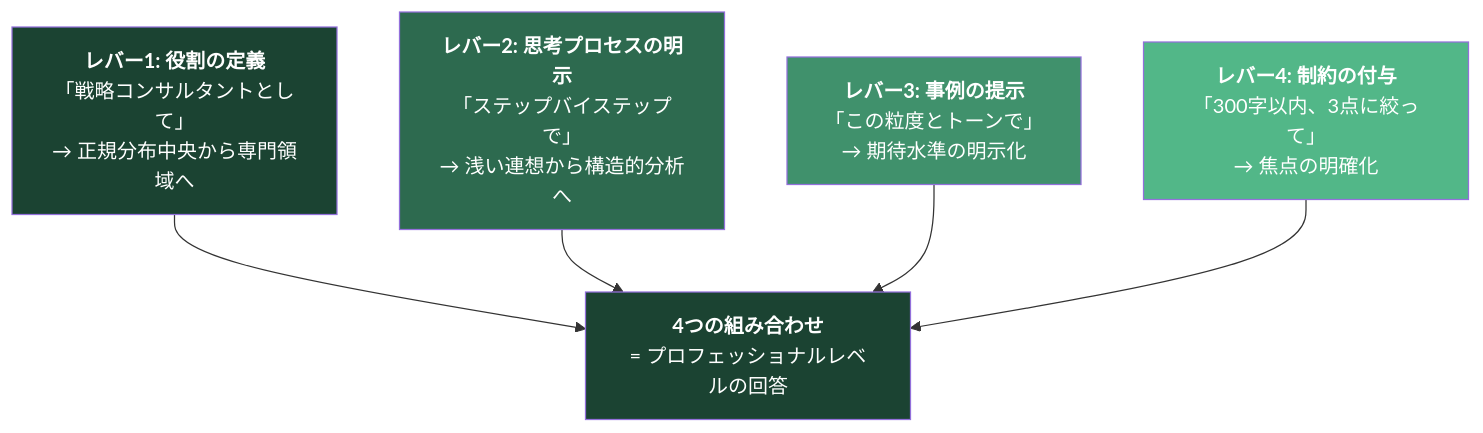
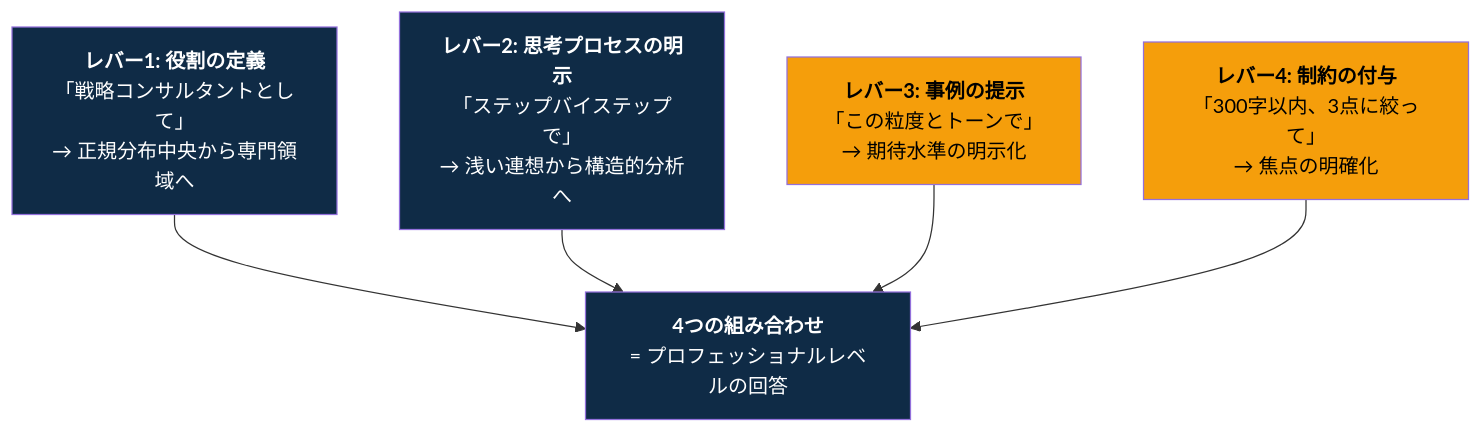
The sixth of 7 diagrams in docs/jp/the_10_80_10_principle_JP.md (Leading-AI-IO/the-10-80-10-principle), drawn with Mermaid before and after one commit. The commit also changed other lines of this file, not shown here.

````diff
--- a/docs/jp/the_10_80_10_principle_JP.md
+++ b/docs/jp/the_10_80_10_principle_JP.md
@@ -744,18 +536,18 @@
 ```mermaid
 graph TD
     A["<b>レバー1: 役割の定義</b><br/>「戦略コンサルタントとして」<br/>→ 正規分布中央から専門領域へ"]
     B["<b>レバー2: 思考プロセスの明示</b><br/>「ステップバイステップで」<br/>→ 浅い連想から構造的分析へ"]
     C["<b>レバー3: 事例の提示</b><br/>「この粒度とトーンで」<br/>→ 期待水準の明示化"]
     D["<b>レバー4: 制約の付与</b><br/>「300字以内、3点に絞って」<br/>→ 焦点の明確化"]
 
     A --> E["<b>4つの組み合わせ</b><br/>= プロフェッショナルレベルの回答"]
     B --> E
     C --> E
     D --> E
 
-    style A fill:#1b4332,color:#fff
-    style B fill:#2d6a4f,color:#fff
-    style C fill:#40916c,color:#fff
-    style D fill:#52b788,color:#fff
-    style E fill:#1b4332,color:#fff
+    style A fill:#0f2b46,color:#fff
+    style B fill:#0f2b46,color:#fff
+    style C fill:#f59e0b,color:#000
+    style D fill:#f59e0b,color:#000
+    style E fill:#0f2b46,color:#fff
 ```
````
